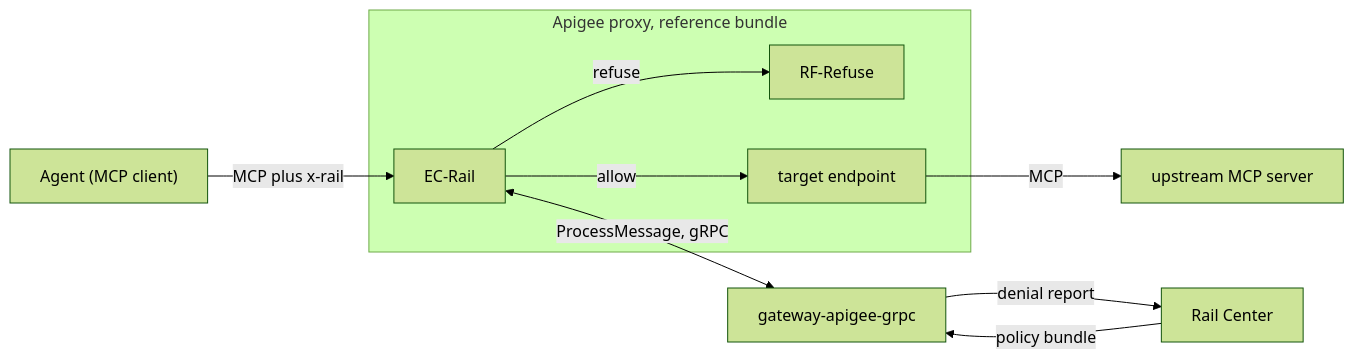
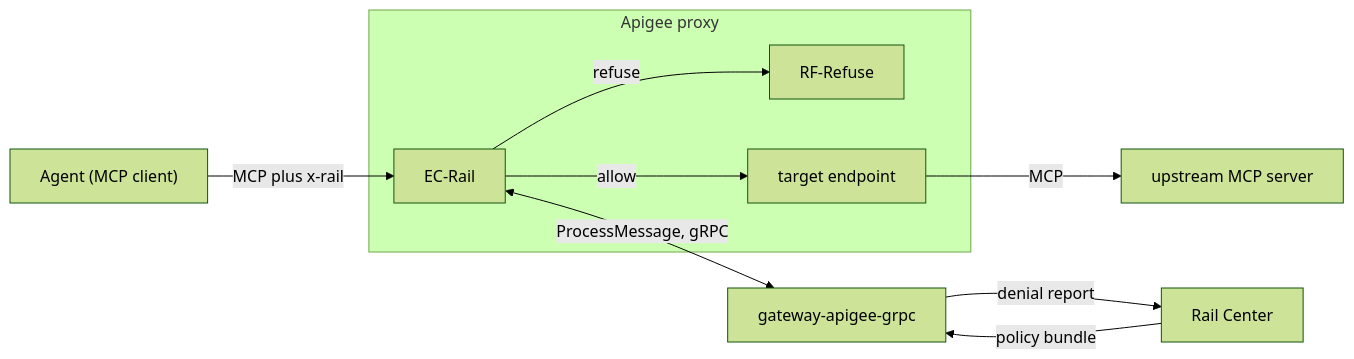
The diagram in gateway-apigee-grpc/README.md (datrail/gateway), drawn with Mermaid (forest theme) before and after one commit. The commit also changed other lines of this file and 20 other files, not shown here.

First line of the commit message:
RC-388: Move the Apigee proxy bundle into the e2e suite (#37)

````diff
--- a/gateway-apigee-grpc/README.md
+++ b/gateway-apigee-grpc/README.md
@@ -11,12 +11,12 @@
 ```mermaid
 flowchart LR
   agent["Agent (MCP client)"] -->|"MCP plus x-rail"| proxy
-  subgraph apigee["Apigee proxy, reference bundle"]
+  subgraph apigee["Apigee proxy"]
     proxy["EC-Rail"] -->|"refuse"| refuse["RF-Refuse"]
     proxy -->|"allow"| target["target endpoint"]
   end
   proxy <-->|"ProcessMessage, gRPC"| callout["gateway-apigee-grpc"]
   center["Rail Center"] -->|"policy bundle"| callout
   callout -->|"denial report"| center
   target -->|"MCP"| upstream["upstream MCP server"]
 ```
````
